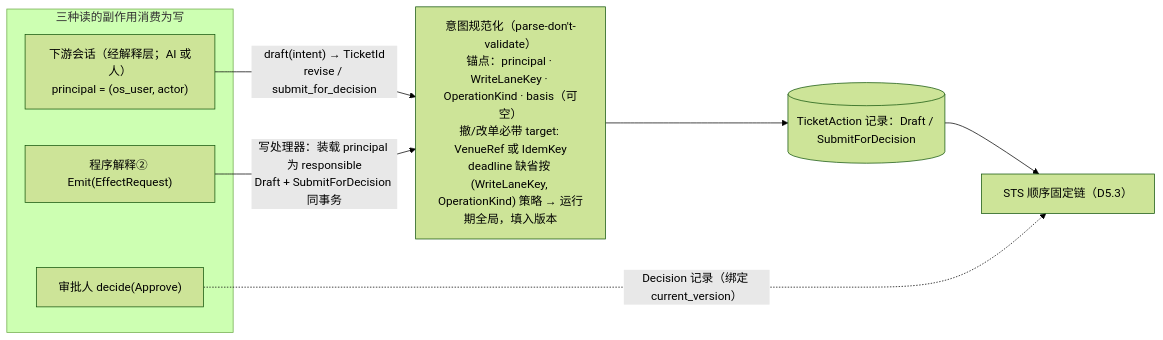
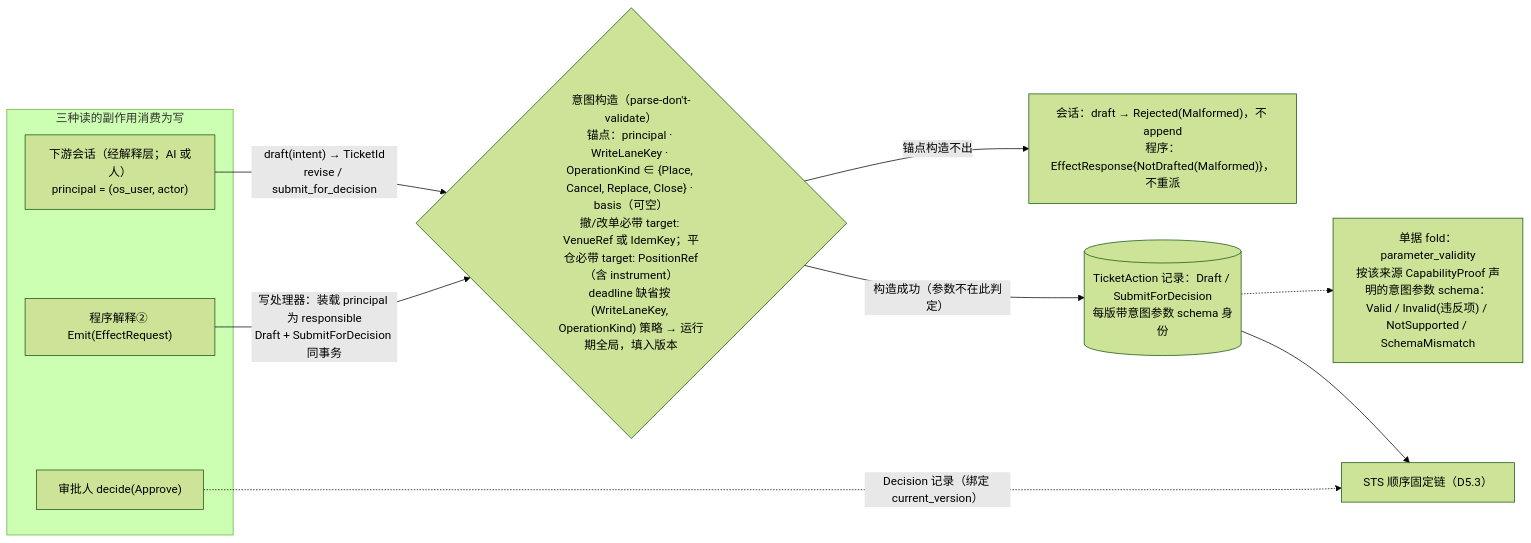
The second of 6 diagrams in design/diagrams/05-ticket-and-sts.md (mouriya-s-lab/uta), drawn with Mermaid (forest theme) before and after one commit. The commit also changed other lines of this file and 9 other files, not shown here.

Commit message:
design: trade protocol contract — closed OperationKind set with Close as upstream no-increase lock, intent parameter schema gate for every origin, check catalog and rule-file parameters, cooldown from SendBarrier, catalog-backed write eligibility, rationale and batch/simulator dispositions

````diff
--- a/design/diagrams/05-ticket-and-sts.md
+++ b/design/diagrams/05-ticket-and-sts.md
@@ -53,14 +58,16 @@
 ```mermaid
 flowchart LR
   subgraph SRC["三种读的副作用消费为写"]
     AI["下游会话（经解释层；AI 或人）<br/>principal = (os_user, actor)"]
     PROG["程序解释② Emit(EffectRequest)"]
     APPR["审批人 decide(Approve)"]
   end
   AI -->|"draft(intent) → TicketId<br/>revise / submit_for_decision"| NORM
   PROG -->|"写处理器：装载 principal 为 responsible<br/>Draft + SubmitForDecision 同事务"| NORM
-  NORM["意图规范化（parse-don't-validate）<br/>锚点：principal · WriteLaneKey · OperationKind · basis（可空）<br/>撤/改单必带 target: VenueRef 或 IdemKey<br/>deadline 缺省按 (WriteLaneKey, OperationKind) 策略 → 运行期全局，填入版本"]
-  NORM --> TK[("TicketAction 记录：Draft / SubmitForDecision")]
+  NORM{"意图构造（parse-don't-validate）<br/>锚点：principal · WriteLaneKey · OperationKind ∈ {Place, Cancel, Replace, Close} · basis（可空）<br/>撤/改单必带 target: VenueRef 或 IdemKey；平仓必带 target: PositionRef（含 instrument）<br/>deadline 缺省按 (WriteLaneKey, OperationKind) 策略 → 运行期全局，填入版本"}
+  NORM -->|"锚点构造不出"| MAL["会话：draft → Rejected(Malformed)，不 append<br/>程序：EffectResponse{NotDrafted(Malformed)}，不重派"]
+  NORM -->|"构造成功（参数不在此判定）"| TK[("TicketAction 记录：Draft / SubmitForDecision<br/>每版带意图参数 schema 身份")]
+  TK -.-> PV["单据 fold：parameter_validity<br/>按该来源 CapabilityProof 声明的意图参数 schema：Valid / Invalid(违反项) / NotSupported / SchemaMismatch"]
   TK --> STS["STS 顺序固定链（D5.3）"]
   APPR -.->|"Decision 记录（绑定 current_version）"| STS
 ```
````
